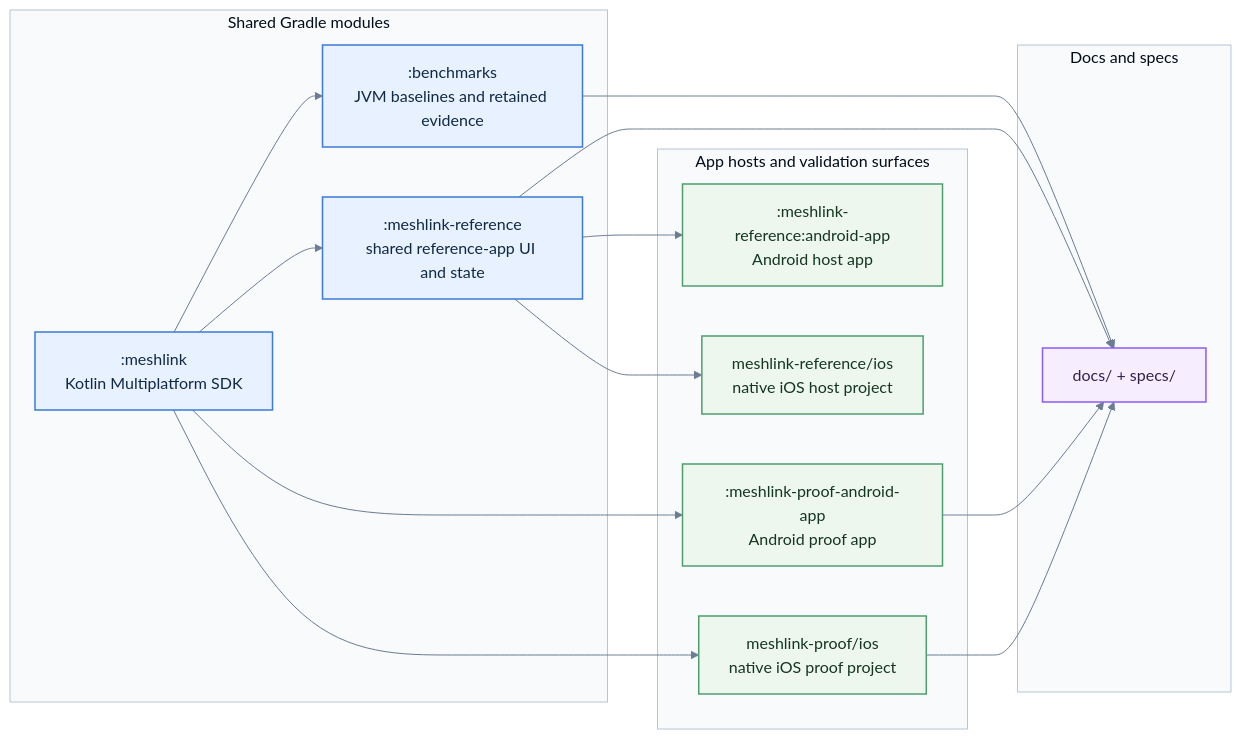
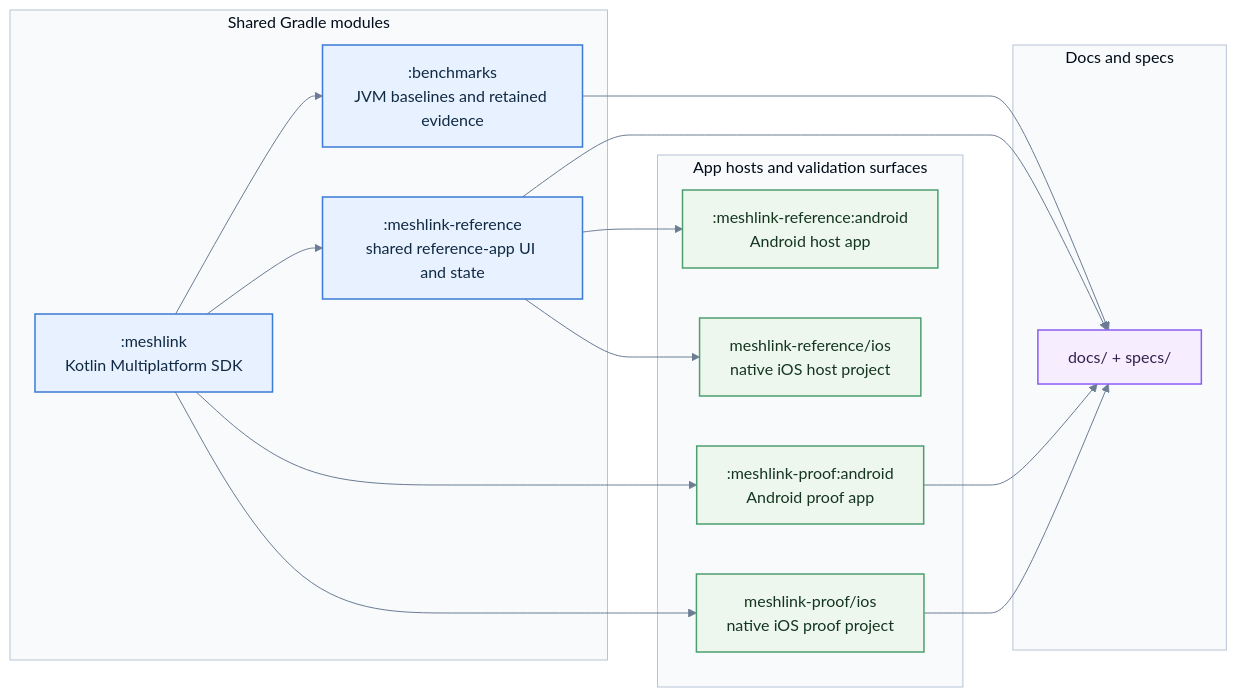
Before and after one commit to trancee/MeshLink: the diagram in docs/reference/repository-layout.md, drawn with Mermaid. The commit also changed other lines of this file and 40 other files, not shown here.

Commit message:
refactor(build): normalize android host module names

````diff
--- a/docs/reference/repository-layout.md
+++ b/docs/reference/repository-layout.md
@@ -33,38 +33,38 @@
 ```mermaid
 %%{init: {"theme": "base", "themeVariables": {"background": "#ffffff", "primaryColor": "#E8F1FF", "primaryBorderColor": "#3A7BD5", "primaryTextColor": "#102A43", "lineColor": "#6B7C93", "secondaryColor": "#EEF7EE", "tertiaryColor": "#FFF3E6", "clusterBkg": "#F8FAFC", "clusterBorder": "#B8C4D6", "fontFamily": "Inter, ui-sans-serif, system-ui"}}}%%
 flowchart LR
     subgraph Shared["Shared Gradle modules"]
         SDK[":meshlink<br/>Kotlin Multiplatform SDK"]
         Reference[":meshlink-reference<br/>shared reference-app UI and state"]
         Bench[":benchmarks<br/>JVM baselines and retained evidence"]
     end
 
     subgraph Hosts["App hosts and validation surfaces"]
-        RefAndroid[":meshlink-reference:android-app<br/>Android host app"]
+        RefAndroid[":meshlink-reference:android<br/>Android host app"]
         RefIos["meshlink-reference/ios<br/>native iOS host project"]
-        ProofAndroid[":meshlink-proof-android-app<br/>Android proof app"]
+        ProofAndroid[":meshlink-proof:android<br/>Android proof app"]
         ProofIos["meshlink-proof/ios<br/>native iOS proof project"]
     end
 
     subgraph Docs["Docs and specs"]
         DocsMap["docs/ + specs/"]
     end
 
     SDK --> Reference
     SDK --> Bench
     SDK --> ProofAndroid
     SDK --> ProofIos
     Reference --> RefAndroid
     Reference --> RefIos
     Bench --> DocsMap
     Reference --> DocsMap
     ProofAndroid --> DocsMap
     ProofIos --> DocsMap
 
     classDef shared fill:#E8F1FF,stroke:#3A7BD5,color:#102A43,stroke-width:1.5px;
     classDef host fill:#EEF7EE,stroke:#4D9F70,color:#14361F,stroke-width:1.5px;
     classDef docs fill:#F6EEFF,stroke:#8B5CF6,color:#33204D,stroke-width:1.5px;
     class SDK,Reference,Bench shared;
     class RefAndroid,RefIos,ProofAndroid,ProofIos host;
     class DocsMap docs;
 ```
````
